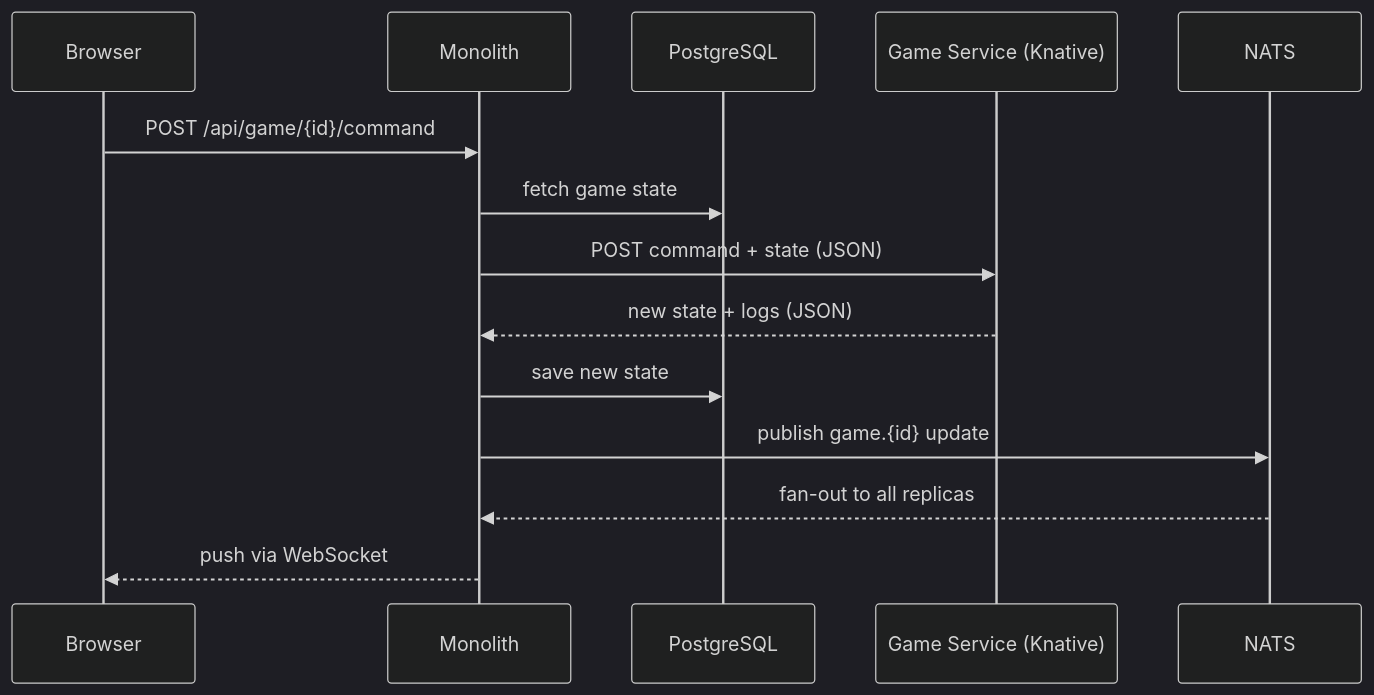
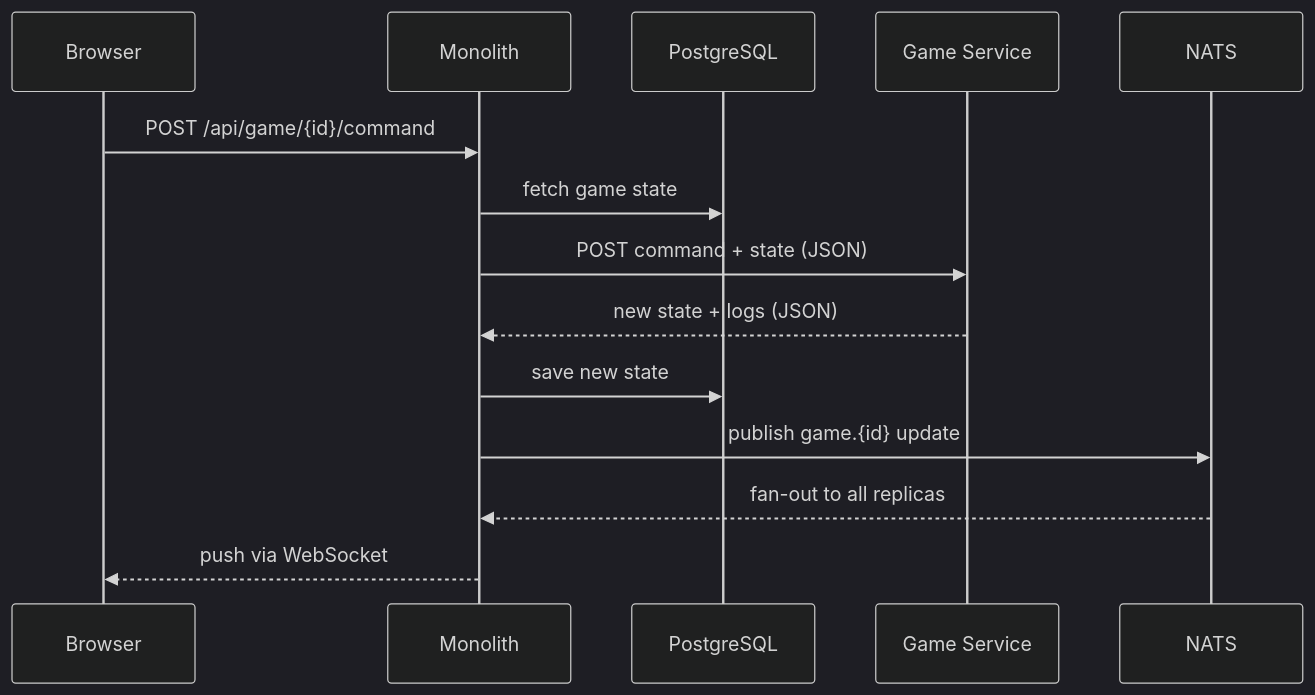
The second of 2 diagrams in docs/ARCHITECTURE.md (brdgme/brdgme), drawn with Mermaid (dark theme) before and after one commit. The commit also changed other lines of this file and 3 other files, not shown here.

````diff
--- a/docs/ARCHITECTURE.md
+++ b/docs/ARCHITECTURE.md
@@ -73,17 +78,17 @@
 ```mermaid
 sequenceDiagram
     participant Browser
     participant Monolith
     participant DB as PostgreSQL
-    participant Game as Game Service (Knative)
+    participant Game as Game Service
     participant NATS
 
     Browser->>Monolith: POST /api/game/{id}/command
     Monolith->>DB: fetch game state
     Monolith->>Game: POST command + state (JSON)
     Game-->>Monolith: new state + logs (JSON)
     Monolith->>DB: save new state
     Monolith->>NATS: publish game.{id} update
     NATS-->>Monolith: fan-out to all replicas
     Monolith-->>Browser: push via WebSocket
 ```
````
